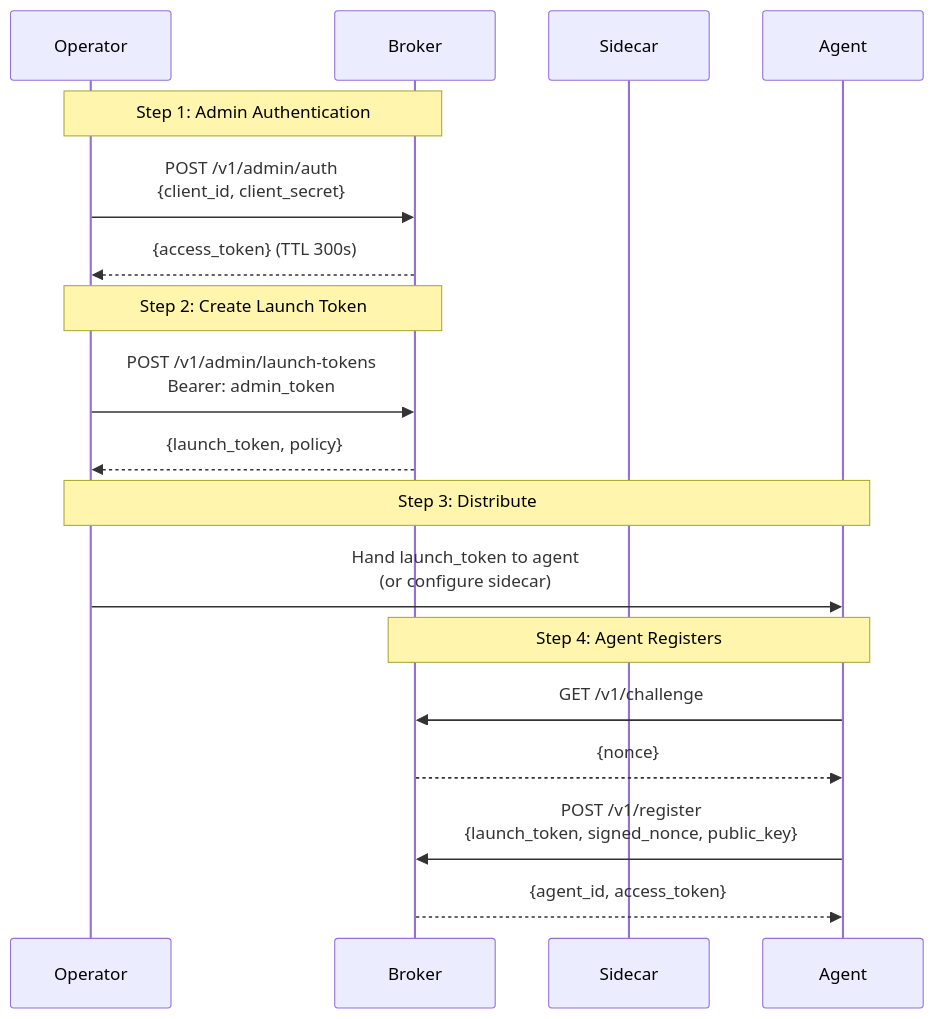
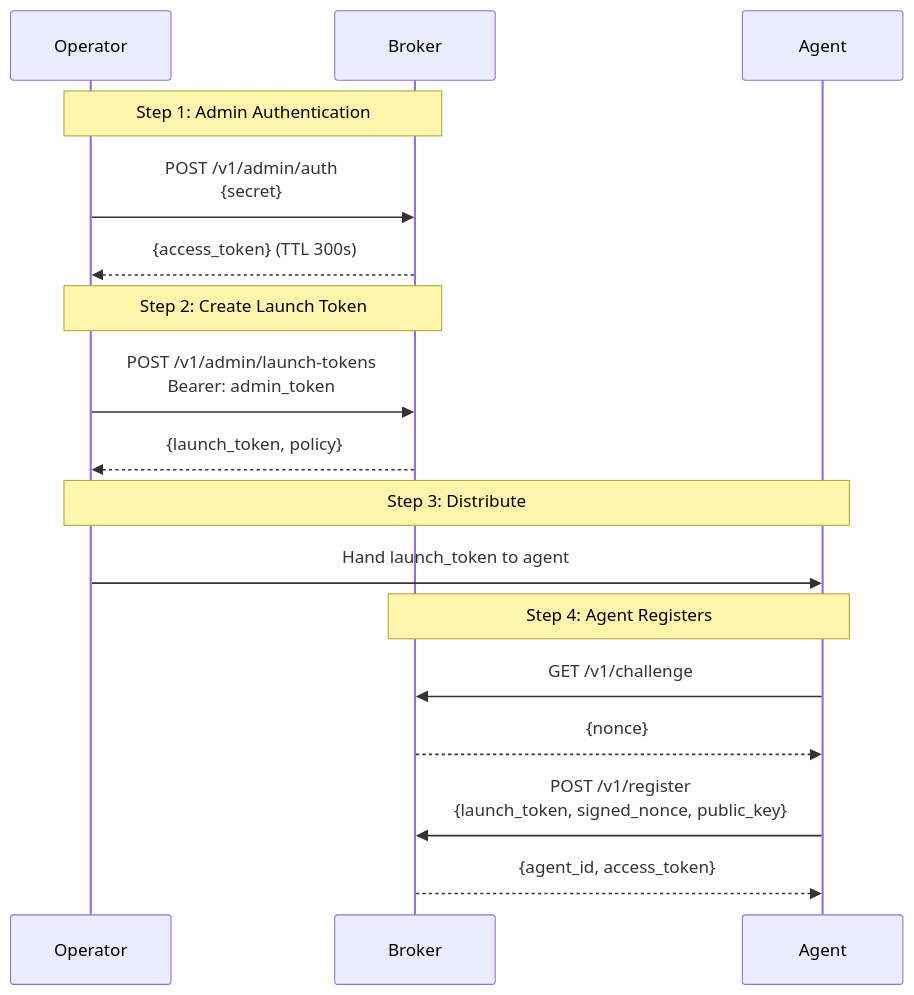
Before and after one commit to devonartis/agentwrit: the second of 2 diagrams in docs/getting-started-operator.md, drawn with Mermaid. The commit also changed other lines of this file and 21 other files, not shown here.

````diff
--- a/docs/getting-started-operator.md
+++ b/docs/getting-started-operator.md
@@ -459,24 +271,23 @@
 ```mermaid
 sequenceDiagram
     participant Op as Operator
     participant B as Broker
-    participant S as Sidecar
     participant A as Agent
 
     Note over Op,B: Step 1: Admin Authentication
-    Op->>B: POST /v1/admin/auth<br/>{client_id, client_secret}
+    Op->>B: POST /v1/admin/auth<br/>{secret}
     B-->>Op: {access_token} (TTL 300s)
 
     Note over Op,B: Step 2: Create Launch Token
     Op->>B: POST /v1/admin/launch-tokens<br/>Bearer: admin_token
     B-->>Op: {launch_token, policy}
 
     Note over Op,A: Step 3: Distribute
-    Op->>A: Hand launch_token to agent<br/>(or configure sidecar)
+    Op->>A: Hand launch_token to agent
 
     Note over A,B: Step 4: Agent Registers
     A->>B: GET /v1/challenge
     B-->>A: {nonce}
     A->>B: POST /v1/register<br/>{launch_token, signed_nonce, public_key}
     B-->>A: {agent_id, access_token}
 ```
````
